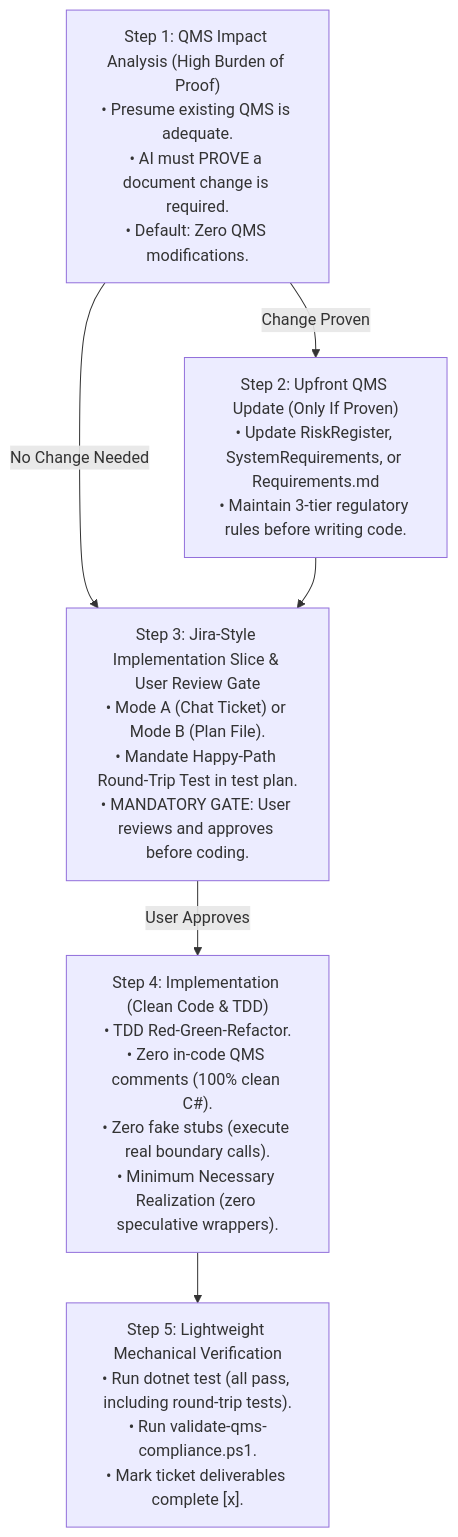
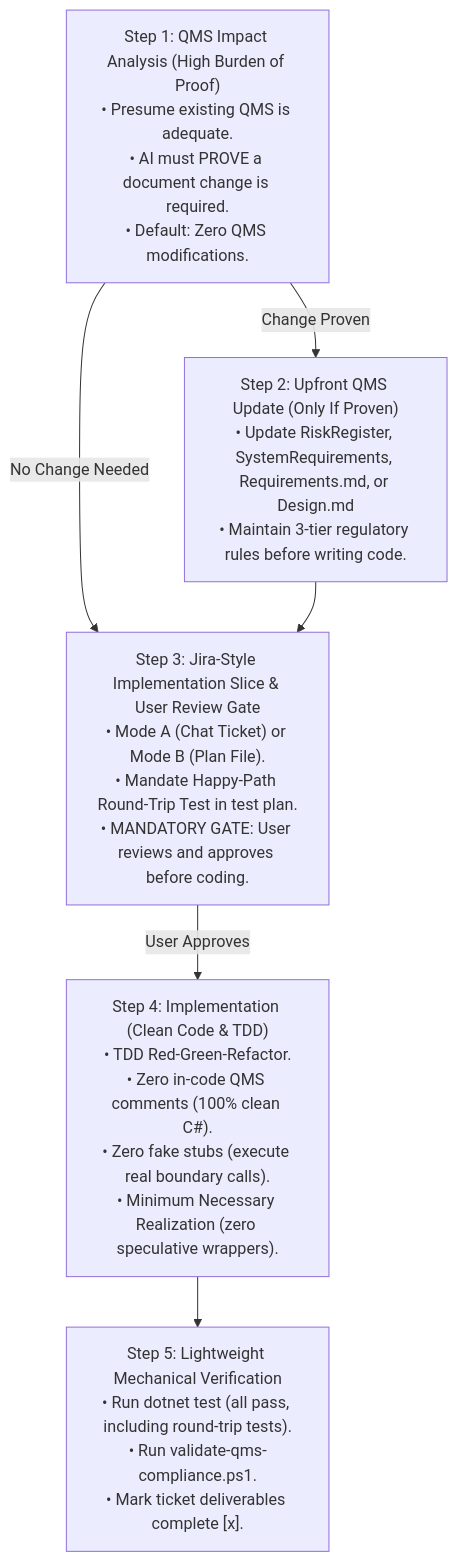
One commit to zerotwooneone/percolator changed the first of 2 diagrams in source/.gemini/skills/qms-implementation-review-cycle/SKILL.md. Above: the diagram before and after it, drawn with Mermaid. The commit also changed other lines of this file and 1 other file, not shown here.

Commit message:
improve implementation QMS skill

````diff
--- a/source/.gemini/skills/qms-implementation-review-cycle/SKILL.md
+++ b/source/.gemini/skills/qms-implementation-review-cycle/SKILL.md
@@ -51,14 +51,14 @@
 ```mermaid
 flowchart TD
     S1["Step 1: QMS Impact Analysis (High Burden of Proof)<br/>• Presume existing QMS is adequate.<br/>• AI must PROVE a document change is required.<br/>• Default: Zero QMS modifications."]
-    S2["Step 2: Upfront QMS Update (Only If Proven)<br/>• Update RiskRegister, SystemRequirements, or Requirements.md<br/>• Maintain 3-tier regulatory rules before writing code."]
+    S2["Step 2: Upfront QMS Update (Only If Proven)<br/>• Update RiskRegister, SystemRequirements, Requirements.md, or Design.md<br/>• Maintain 3-tier regulatory rules before writing code."]
     S3["Step 3: Jira-Style Implementation Slice & User Review Gate<br/>• Mode A (Chat Ticket) or Mode B (Plan File).<br/>• Mandate Happy-Path Round-Trip Test in test plan.<br/>• MANDATORY GATE: User reviews and approves before coding."]
     S4["Step 4: Implementation (Clean Code & TDD)<br/>• TDD Red-Green-Refactor.<br/>• Zero in-code QMS comments (100% clean C#).<br/>• Zero fake stubs (execute real boundary calls).<br/>• Minimum Necessary Realization (zero speculative wrappers)."]
     S5["Step 5: Lightweight Mechanical Verification<br/>• Run dotnet test (all pass, including round-trip tests).<br/>• Run validate-qms-compliance.ps1.<br/>• Mark ticket deliverables complete [x]."]
 
     S1 -->|Change Proven| S2
     S1 -->|No Change Needed| S3
     S2 --> S3
     S3 -->|User Approves| S4
     S4 --> S5
 ```
````
